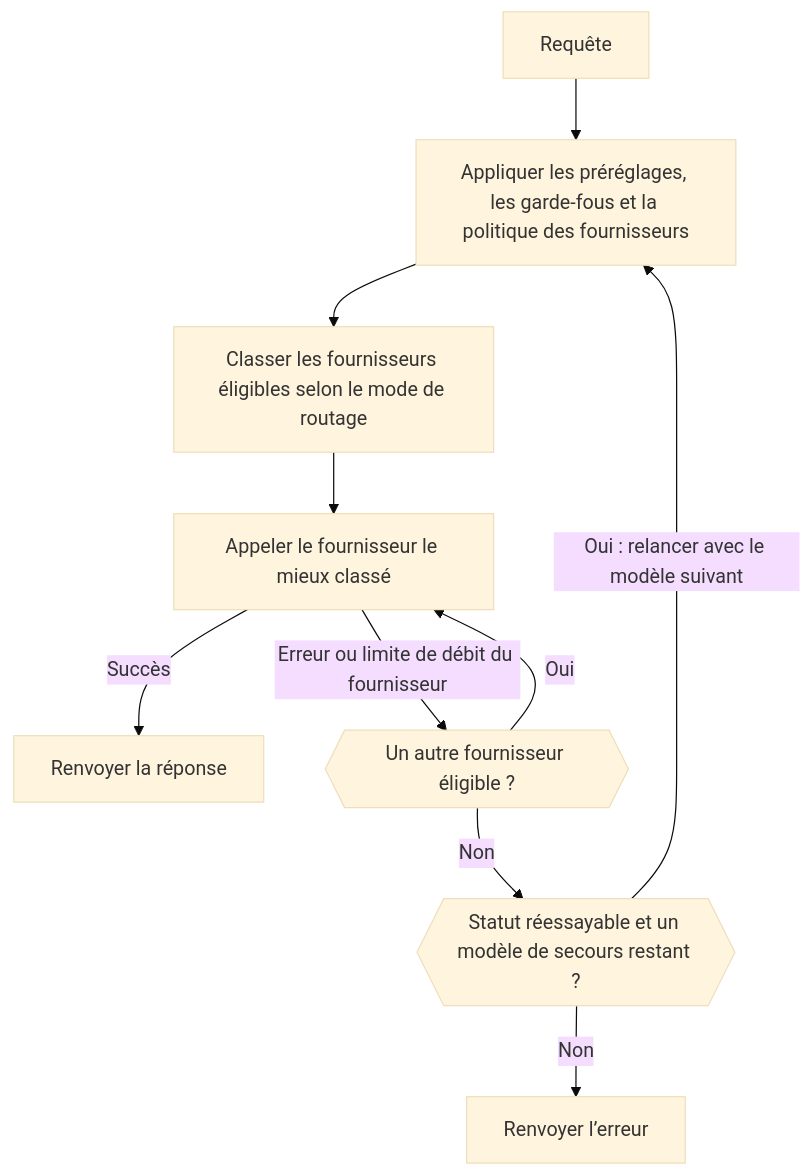
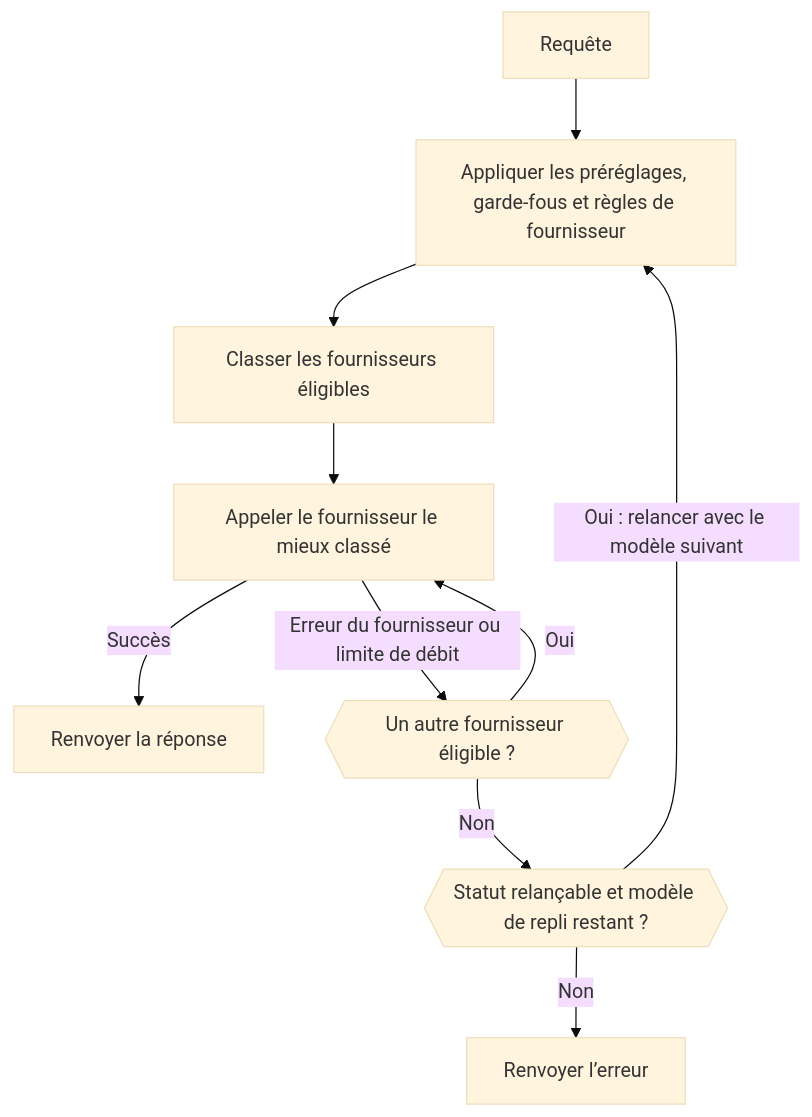
One commit to phaseoteam/Phaseo changed the diagram in apps/docs/fr/v1/guides/routing-and-fallbacks.mdx. Above: the diagram before and after it, drawn with Mermaid (base theme). The commit also changed other lines of this file and 3793 other files, not shown here.

````diff
--- a/apps/docs/fr/v1/guides/routing-and-fallbacks.mdx
+++ b/apps/docs/fr/v1/guides/routing-and-fallbacks.mdx
@@ -236,12 +12,12 @@
 ```mermaid
 flowchart TD
-  req["Requête"] --> pol["Appliquer les préréglages, les garde-fous et la politique des fournisseurs"]
-  pol --> rnk["Classer les fournisseurs éligibles selon le mode de routage"]
+  req["Requête"] --> pol["Appliquer les préréglages, garde-fous et règles de fournisseur"]
+  pol --> rnk["Classer les fournisseurs éligibles"]
   rnk --> prov["Appeler le fournisseur le mieux classé"]
   prov -->|"Succès"| resp["Renvoyer la réponse"]
-  prov -->|"Erreur ou limite de débit du fournisseur"| nextProv{{"Un autre fournisseur éligible ?"}}
+  prov -->|"Erreur du fournisseur ou limite de débit"| nextProv{{"Un autre fournisseur éligible ?"}}
   nextProv -->|"Oui"| prov
-  nextProv -->|"Non"| fallbackCheck{{"Statut réessayable et un modèle de secours restant ?"}}
+  nextProv -->|"Non"| fallbackCheck{{"Statut relançable et modèle de repli restant ?"}}
   fallbackCheck -->|"Oui : relancer avec le modèle suivant"| pol
   fallbackCheck -->|"Non"| err["Renvoyer l’erreur"]
 ```
````
